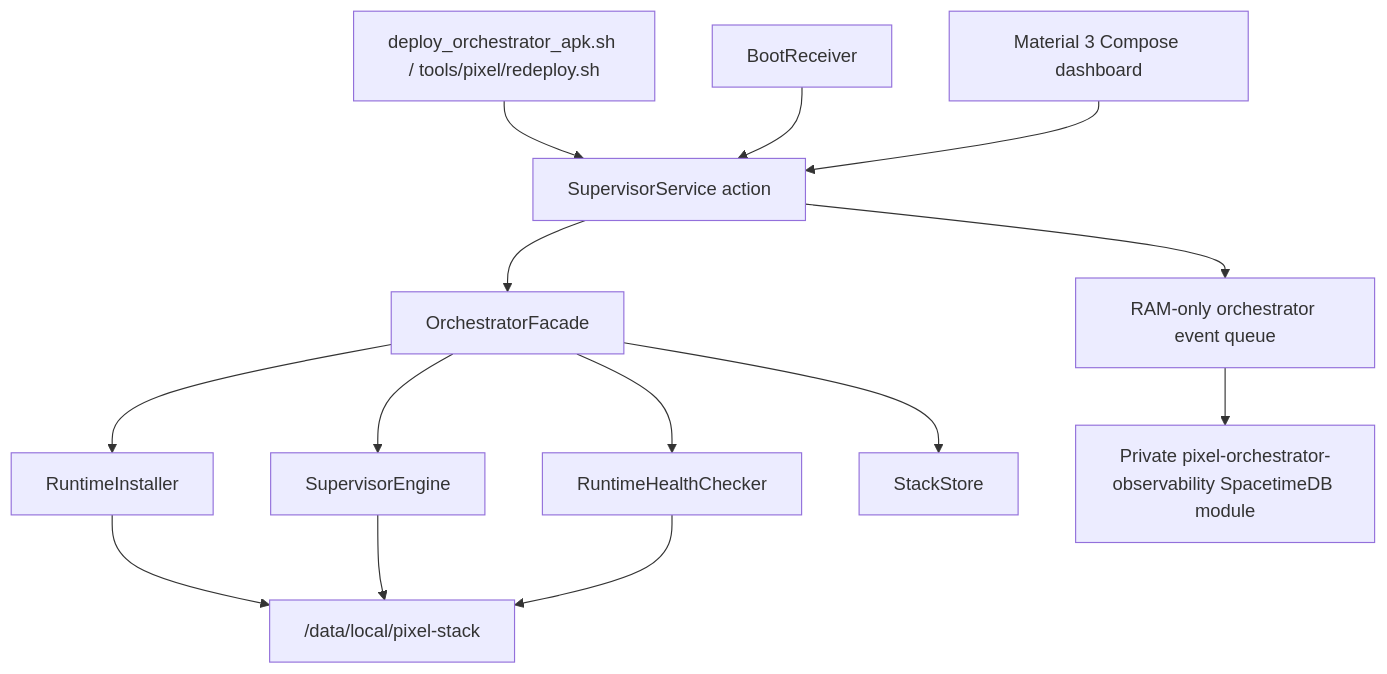
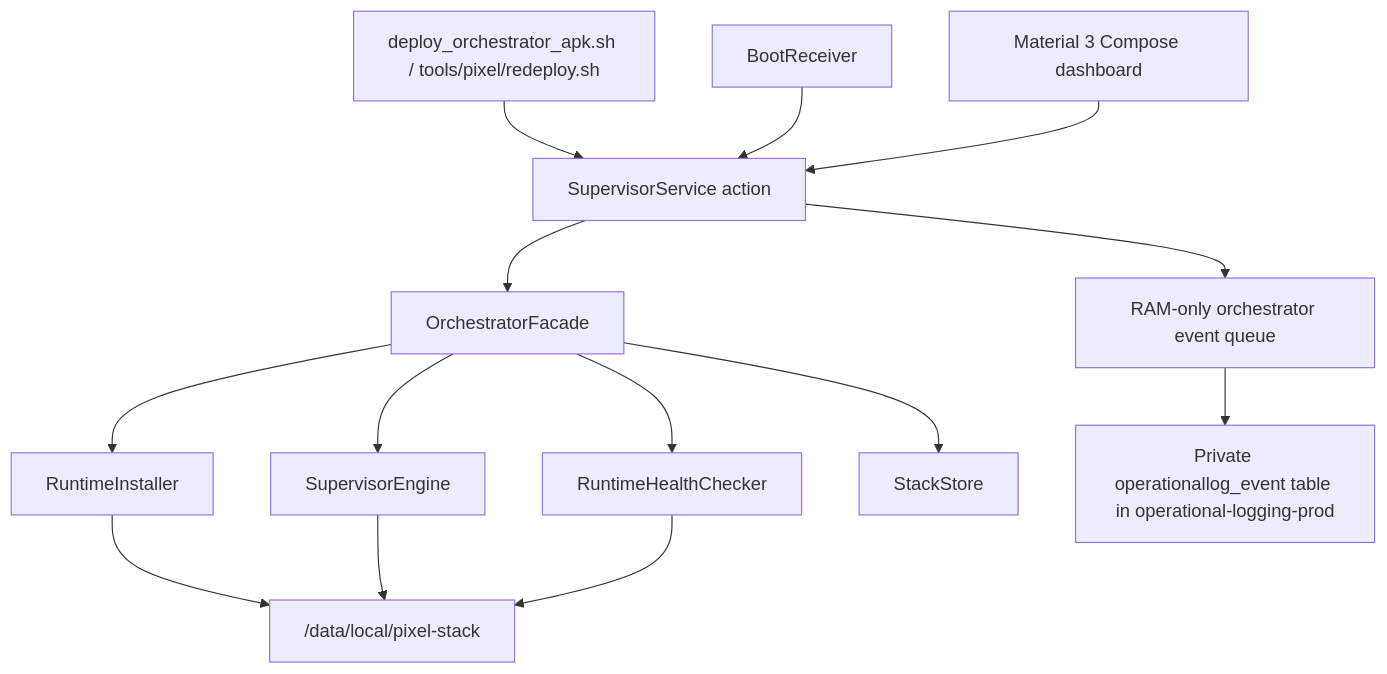
Before and after one commit to ropepop/pixel-phone: the first of 2 diagrams in docs/architecture/PIXEL_STACK_ARCHITECTURE.md, drawn with Mermaid. The commit also changed other lines of this file and 15 other files, not shown here.

````diff
--- a/docs/architecture/PIXEL_STACK_ARCHITECTURE.md
+++ b/docs/architecture/PIXEL_STACK_ARCHITECTURE.md
@@ -27,16 +27,16 @@
 ```mermaid
 flowchart TD
   A["deploy_orchestrator_apk.sh / tools/pixel/redeploy.sh"] --> B["SupervisorService action"]
   C["BootReceiver"] --> B
   UI["Material 3 Compose dashboard"] --> B
   B --> D["OrchestratorFacade"]
   D --> E["RuntimeInstaller"]
   D --> F["SupervisorEngine"]
   D --> G["RuntimeHealthChecker"]
   D --> H["StackStore"]
   E --> I["/data/local/pixel-stack"]
   F --> I
   G --> I
   B --> O["RAM-only orchestrator event queue"]
-  O --> P["Private pixel-orchestrator-observability SpacetimeDB module"]
+  O --> P["Private operationallog_event table in operational-logging-prod"]
 ```
````
